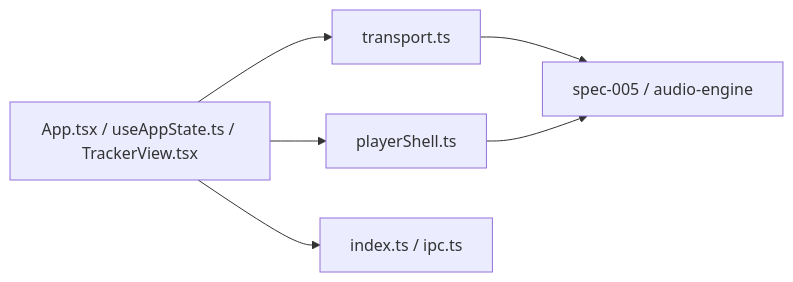
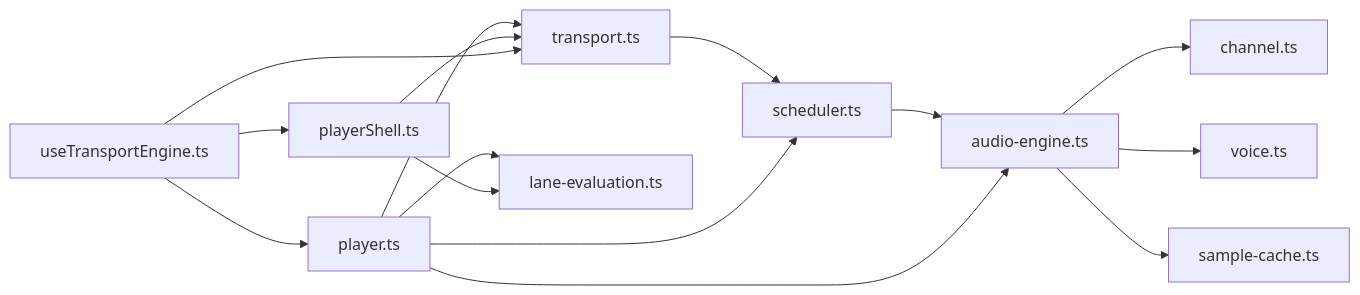
The ninth of 11 diagrams in .qoder/repowiki/en/content/Audio Engine/Audio Engine.md (satyrlord/mixjam-electron), drawn with Mermaid before and after one commit. The commit also changed other lines of this file and 104 other files, not shown here.

First line of the commit message:
fix(config): update markdownlint schema and cleanup ignored paths

````diff
--- a/.qoder/repowiki/en/content/Audio Engine/Audio Engine.md
+++ b/.qoder/repowiki/en/content/Audio Engine/Audio Engine.md
@@ -296,8 +391,17 @@
 ```mermaid
 graph LR
-UI["App.tsx / useAppState.ts / TrackerView.tsx"] --> Trans["transport.ts"]
-UI --> Shell["playerShell.ts"]
-Trans --> Docs["spec-005 / audio-engine"]
-Shell --> Docs
-UI --> Main["index.ts / ipc.ts"]
+Transport["transport.ts"] --> Scheduler["scheduler.ts"]
+Scheduler --> AudioEngine["audio-engine.ts"]
+AudioEngine --> Channel["channel.ts"]
+AudioEngine --> Voice["voice.ts"]
+AudioEngine --> SampleCache["sample-cache.ts"]
+Player["player.ts"] --> Transport
+Player --> Scheduler
+Player --> AudioEngine
+Player --> LaneEvaluation["lane-evaluation.ts"]
+PlayerShell["playerShell.ts"] --> LaneEvaluation
+PlayerShell --> Transport
+UI["useTransportEngine.ts"] --> Player
+UI --> PlayerShell
+UI --> Transport
 ```
````
